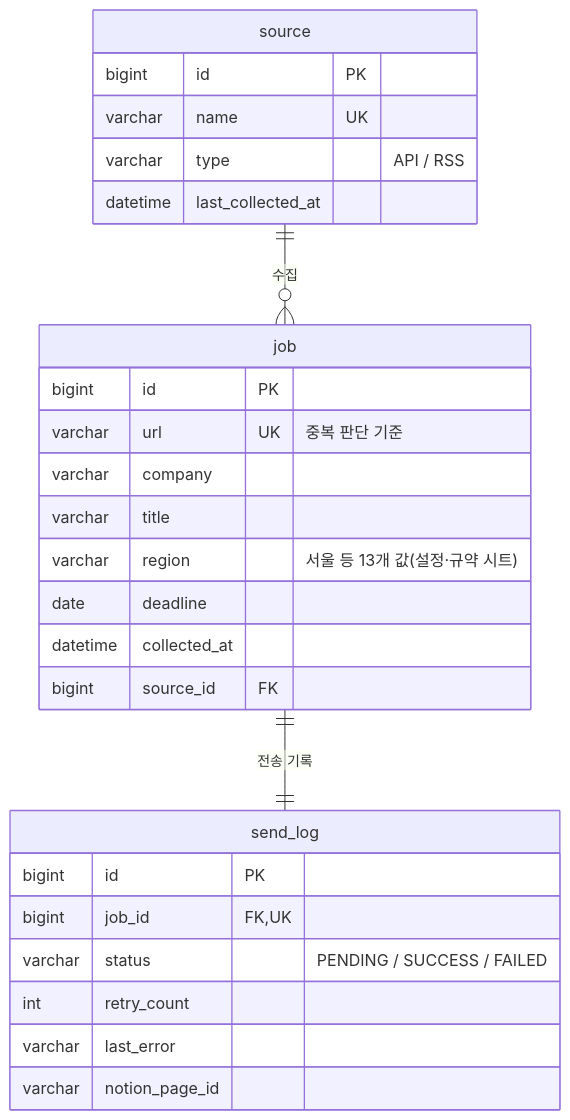
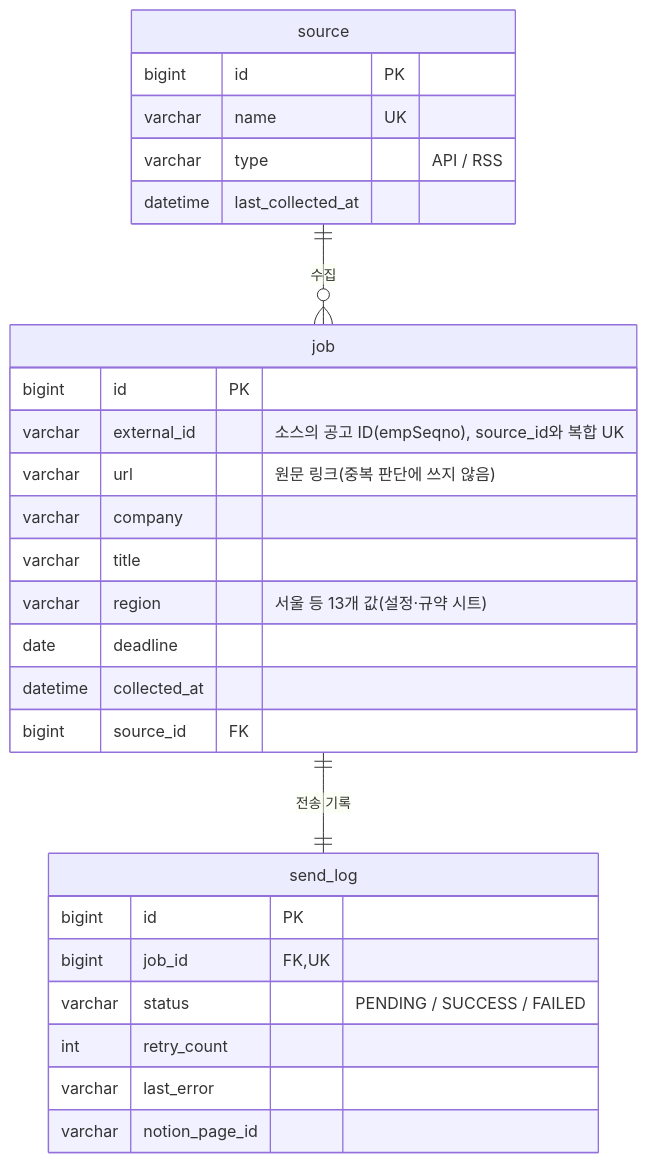
The third of 3 diagrams in docs/job-feed_ERD_흐름도.md (ho8566z/job-feed_word), drawn with Mermaid before and after one commit. The commit also changed other lines of this file and 1 other file, not shown here.

First line of the commit message:
docs: 11/11 호출 결과·external_id·알림 방식 반영해 명세서 정리

````diff
--- a/docs/job-feed_ERD_흐름도.md
+++ b/docs/job-feed_ERD_흐름도.md
@@ -41,30 +42,31 @@
 ```mermaid
 erDiagram
     source ||--o{ job : "수집"
     job ||--|| send_log : "전송 기록"
 
     source {
         bigint id PK
         varchar name UK
         varchar type "API / RSS"
         datetime last_collected_at
     }
     job {
         bigint id PK
-        varchar url UK "중복 판단 기준"
+        varchar external_id "소스의 공고 ID(empSeqno), source_id와 복합 UK"
+        varchar url "원문 링크(중복 판단에 쓰지 않음)"
         varchar company
         varchar title
         varchar region "서울 등 13개 값(설정·규약 시트)"
         date deadline
         datetime collected_at
         bigint source_id FK
     }
     send_log {
         bigint id PK
         bigint job_id FK, UK
         varchar status "PENDING / SUCCESS / FAILED"
         int retry_count
         varchar last_error
         varchar notion_page_id
     }
 ```
````
